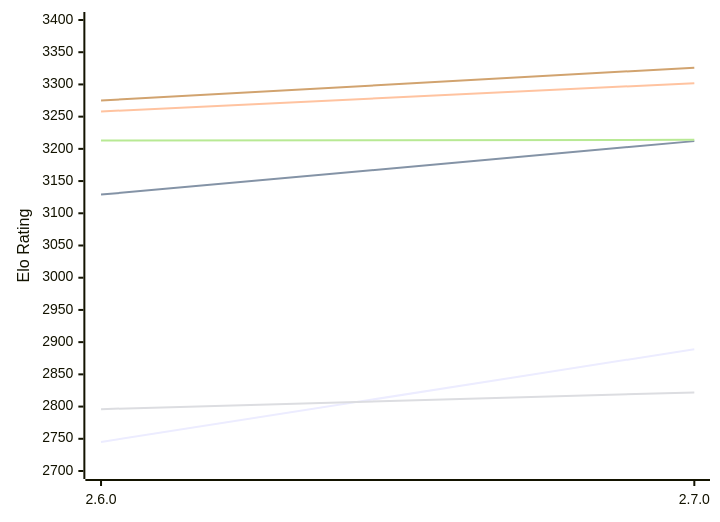
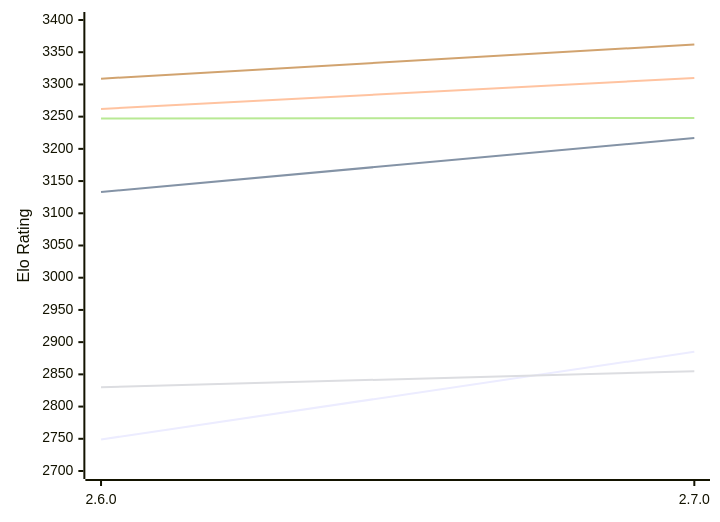
One commit to computer-chess-index/cci changed the first of 2 diagrams in engines/Sturddle2.md. Above: the diagram before and after it, drawn with Mermaid. The commit also changed other lines of this file, not shown here.

Commit message:
Update CCI Ratings (ELO VLTC) - 2026-11-01

````diff
--- a/engines/Sturddle2.md
+++ b/engines/Sturddle2.md
@@ -51,12 +51,12 @@
 ```mermaid
 %%{init: {"theme":"base","themeVariables":{"seriesColors:['#a3a3a3','#222221','#faa371']}}}%%
 xychart-beta
   x-axis ["2.6.0", "2.7.0"]
   y-axis "Elo Rating" 2700 --> 3400
-  line "E1: STC (8.0+0.08s)" [2745, 2889]
-  line "E1: LTC (60.0+0.60s)" [3129, 3212]
-  line "E1: VLTC (2m24s+1.12s)" [3258, 3302]
-  line "P1: STC (8.0+0.08s)" [2796, 2822]
-  line "P1: LTC (60.0+0.60s)" [3213, 3214]
-  line "P1: VLTC (2m24s+1.12s)" [3275, 3326]
+  line "E1: STC (8.0+0.08s)" [2749, 2885]
+  line "E1: LTC (60.0+0.60s)" [3133, 3217]
+  line "E1: VLTC (2m24s+1.12s)" [3262, 3310]
+  line "P1: STC (8.0+0.08s)" [2830, 2855]
+  line "P1: LTC (60.0+0.60s)" [3247, 3248]
+  line "P1: VLTC (2m24s+1.12s)" [3309, 3362]
 ```
````
